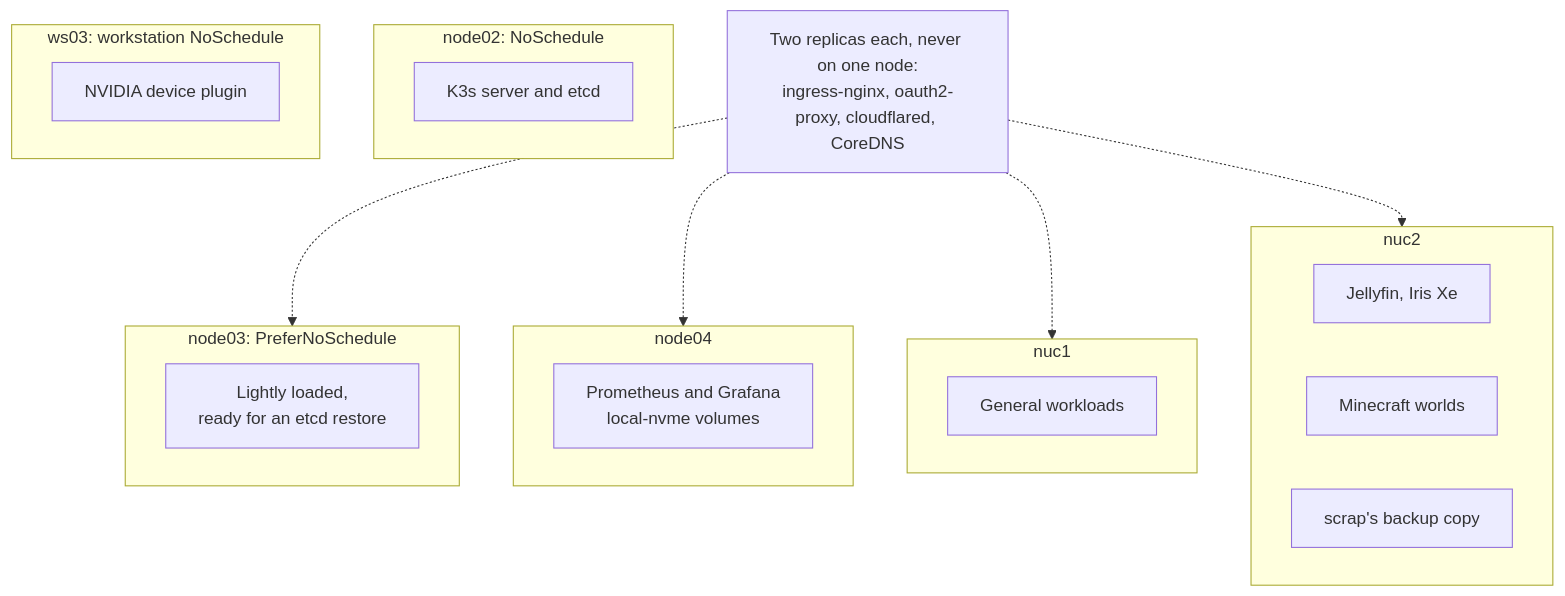
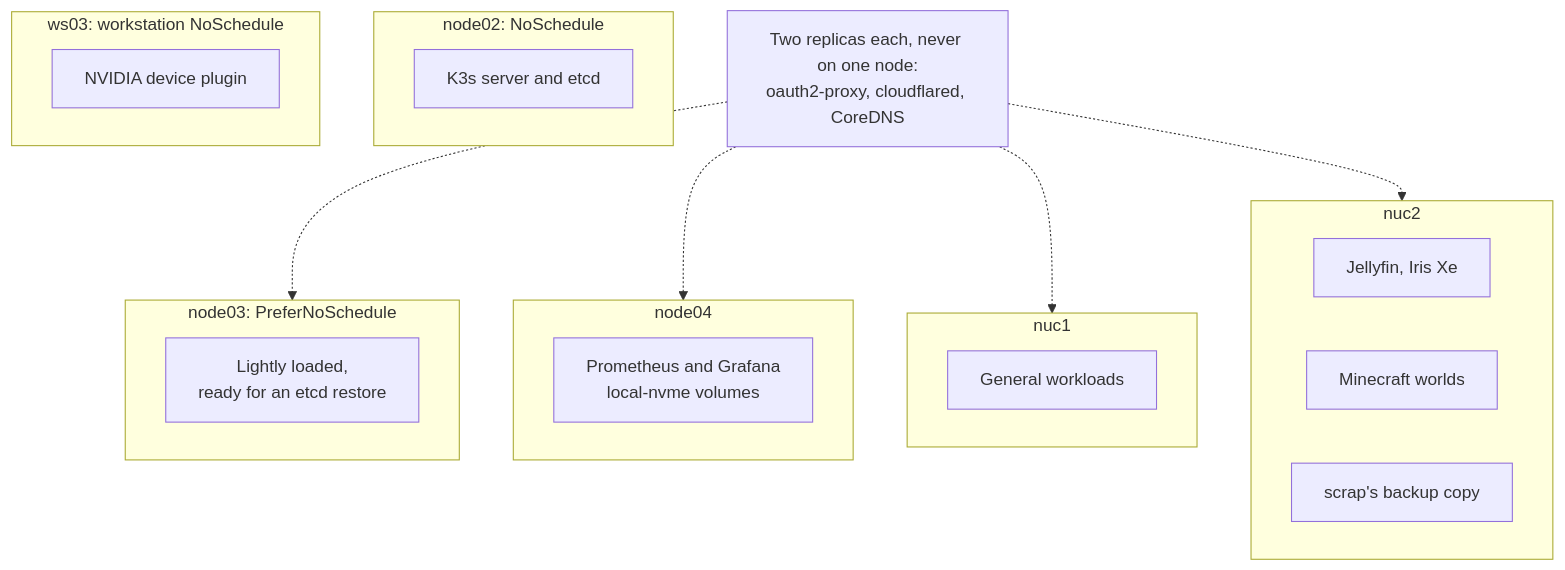
One commit to gilesknap/tpi-k3s-ansible changed the second of 2 diagrams in docs/explanations/architecture/hardware.md. Above: the diagram before and after it, drawn with Mermaid. The commit also changed other lines of this file and 32 other files, not shown here.

First line of the commit message:
Docs: ingress-nginx is gone, the Gateway serves everything

````diff
--- a/docs/explanations/architecture/hardware.md
+++ b/docs/explanations/architecture/hardware.md
@@ -144,26 +144,26 @@
 ```mermaid
 flowchart TB
     subgraph CP["node02: NoSchedule"]
         ETCD["K3s server and etcd"]
     end
     subgraph SB["node03: PreferNoSchedule"]
         SPARE["Lightly loaded,<br/>ready for an etcd restore"]
     end
     subgraph W4["node04"]
         MON["Prometheus and Grafana<br/>local-nvme volumes"]
     end
     subgraph W1["nuc1"]
         FREE["General workloads"]
     end
     subgraph W2["nuc2"]
         JF["Jellyfin, Iris Xe"]
         MC["Minecraft worlds"]
         SC["scrap's backup copy"]
     end
     subgraph WS["ws03: workstation NoSchedule"]
         NV["NVIDIA device plugin"]
     end
 
-    HA["Two replicas each, never on one node:<br/>ingress-nginx, oauth2-proxy, cloudflared, CoreDNS"]
+    HA["Two replicas each, never on one node:<br/>oauth2-proxy, cloudflared, CoreDNS"]
     HA -.-> SB & W4 & W1 & W2
 ```
````
